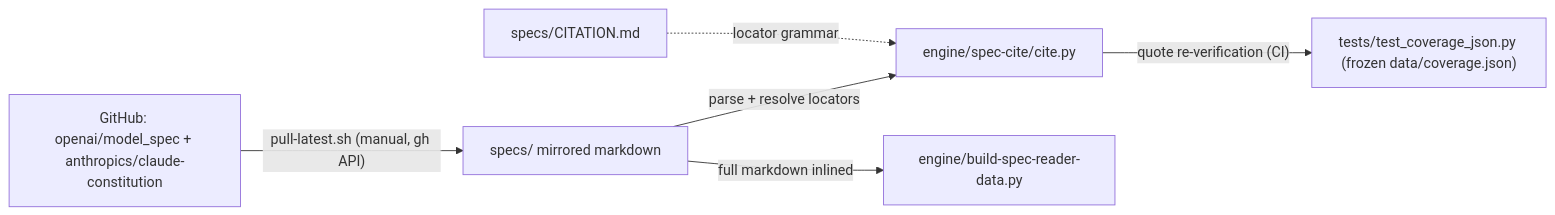
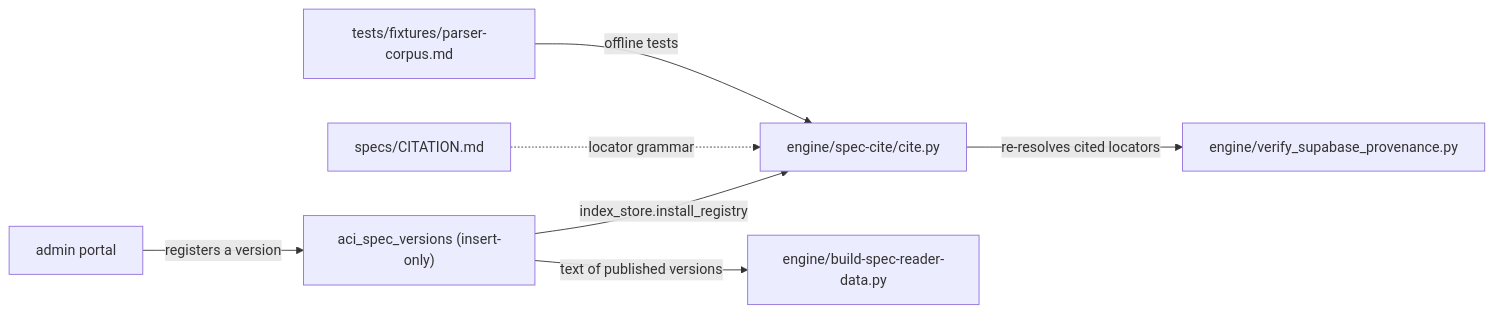
Before and after one commit to polariscollective/ai-character-index: the diagram in specs/OVERVIEW.md, drawn with Mermaid. The commit also changed other lines of this file and 9 other files, not shown here.

First line of the commit message:
docs: engine, workflow and directory overviews describe the index as merged and deployed

````diff
--- a/specs/OVERVIEW.md
+++ b/specs/OVERVIEW.md
@@ -27,8 +25,9 @@
 ```mermaid
 graph LR
-  upstream["GitHub: openai/model_spec + anthropics/claude-constitution"] -->|"pull-latest.sh (manual, gh API)"| mirrors["specs/ mirrored markdown"]
-  mirrors -->|"parse + resolve locators"| cite["engine/spec-cite/cite.py"]
+  portal["admin portal"] -->|"registers a version"| versions["aci_spec_versions (insert-only)"]
+  versions -->|"index_store.install_registry"| cite["engine/spec-cite/cite.py"]
   citation["specs/CITATION.md"] -.->|"locator grammar"| cite
-  cite -->|"quote re-verification (CI)"| coverage["tests/test_coverage_json.py (frozen data/coverage.json)"]
-  mirrors -->|"full markdown inlined"| build["engine/build-spec-reader-data.py"]
+  corpus["tests/fixtures/parser-corpus.md"] -->|"offline tests"| cite
+  cite -->|"re-resolves cited locators"| ver["engine/verify_supabase_provenance.py"]
+  versions -->|"text of published versions"| build["engine/build-spec-reader-data.py"]
 ```
````
